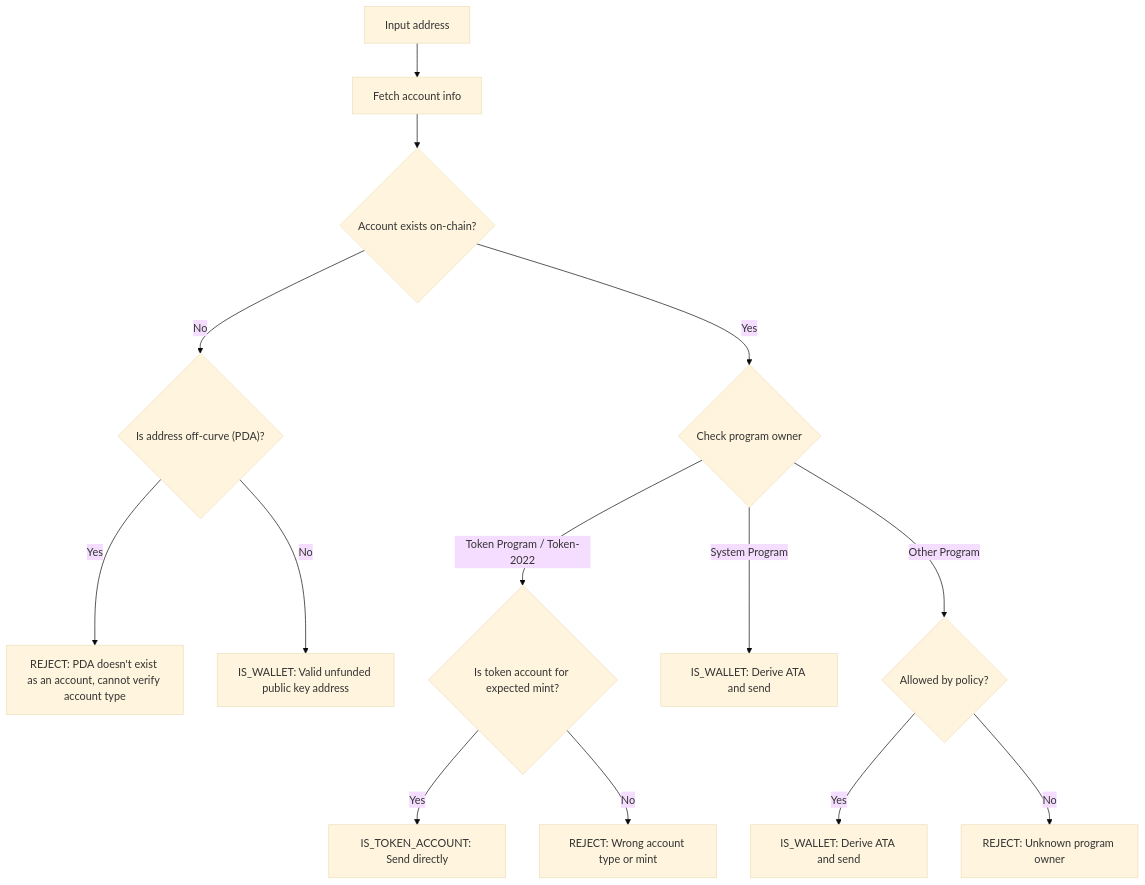
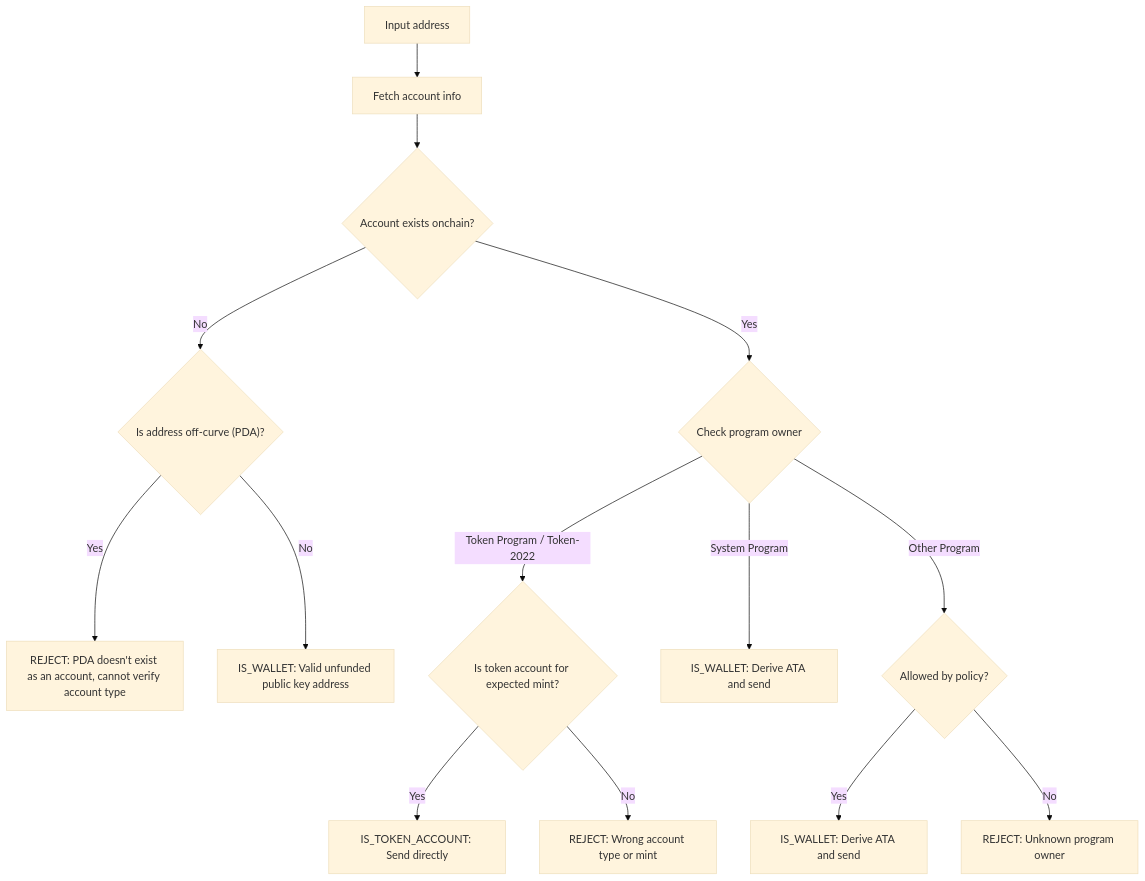
Before and after one commit to solana-foundation/solana-com: the diagram in apps/docs/content/docs/en/payments/send-payments/verify-address.mdx, drawn with Mermaid (base theme). The commit also changed other lines of this file and 169 other files, not shown here.

````diff
--- a/apps/docs/content/docs/en/payments/send-payments/verify-address.mdx
+++ b/apps/docs/content/docs/en/payments/send-payments/verify-address.mdx
@@ -97,26 +97,26 @@
 ```mermaid title="Address Verification Flow"
 flowchart TD
     A["Input address"]
     B["Fetch account info"]
 
     A --> B
-    B --> C{"Account exists on-chain?"}
+    B --> C{"Account exists onchain?"}
 
     %% --- Non-existent account path ---
     C -- "No" --> D{"Is address off-curve (PDA)?"}
     D -- "Yes" --> R1["REJECT: PDA doesn't exist as an account, cannot verify account type"]
     D -- "No" --> W1["IS_WALLET: Valid unfunded public key address"]
 
     %% --- Existing account path ---
     C -- "Yes" --> F{"Check program owner"}
 
     F -- "Token Program / Token-2022" --> G{"Is token account for expected mint?"}
     G -- "Yes" --> T1["IS_TOKEN_ACCOUNT: Send directly"]
     G -- "No" --> R2["REJECT: Wrong account type or mint"]
 
     F -- "System Program" --> W2["IS_WALLET: Derive ATA and send"]
 
     F -- "Other Program" --> K{"Allowed by policy?"}
     K -- "Yes" --> W3["IS_WALLET: Derive ATA and send"]
     K -- "No" --> R3["REJECT: Unknown program owner"]
 ```
````
